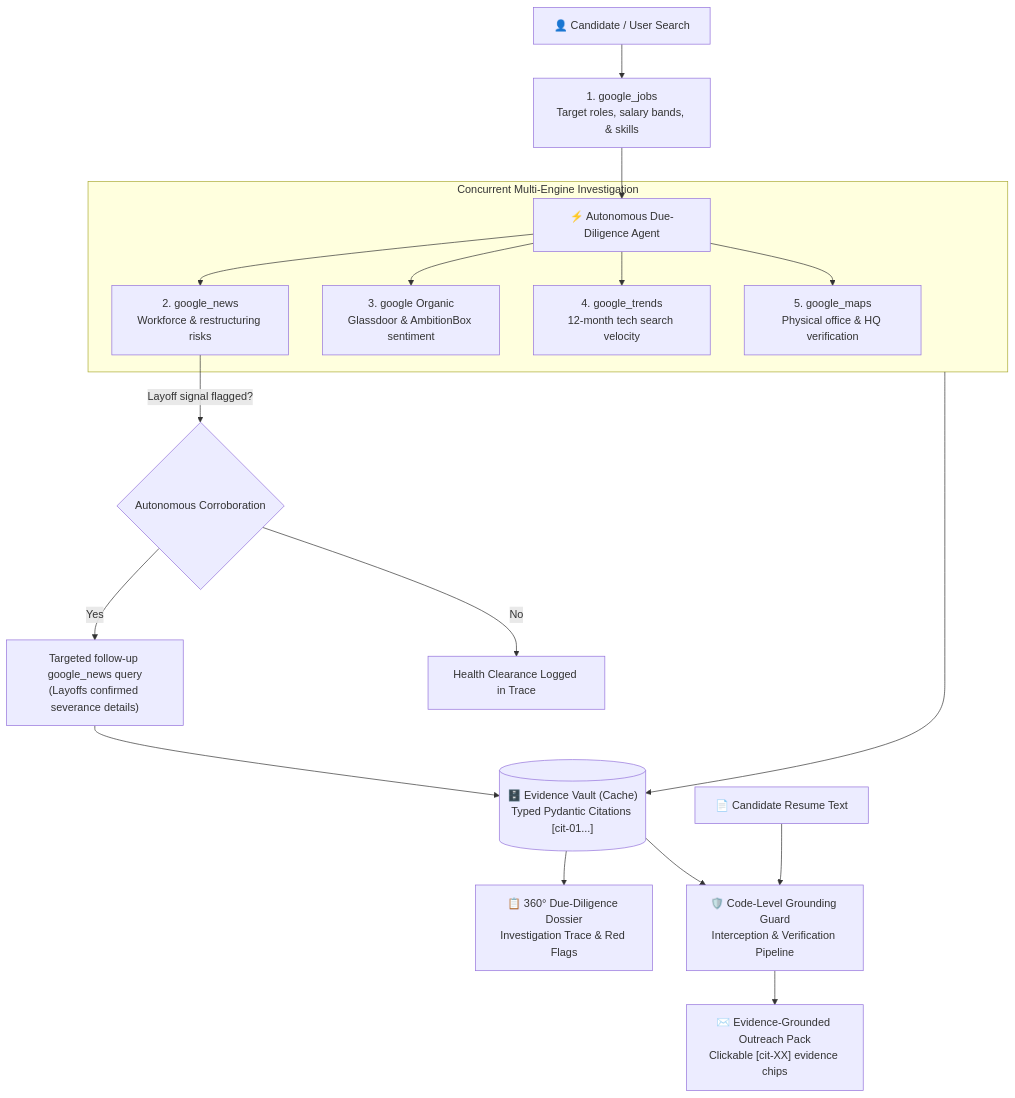
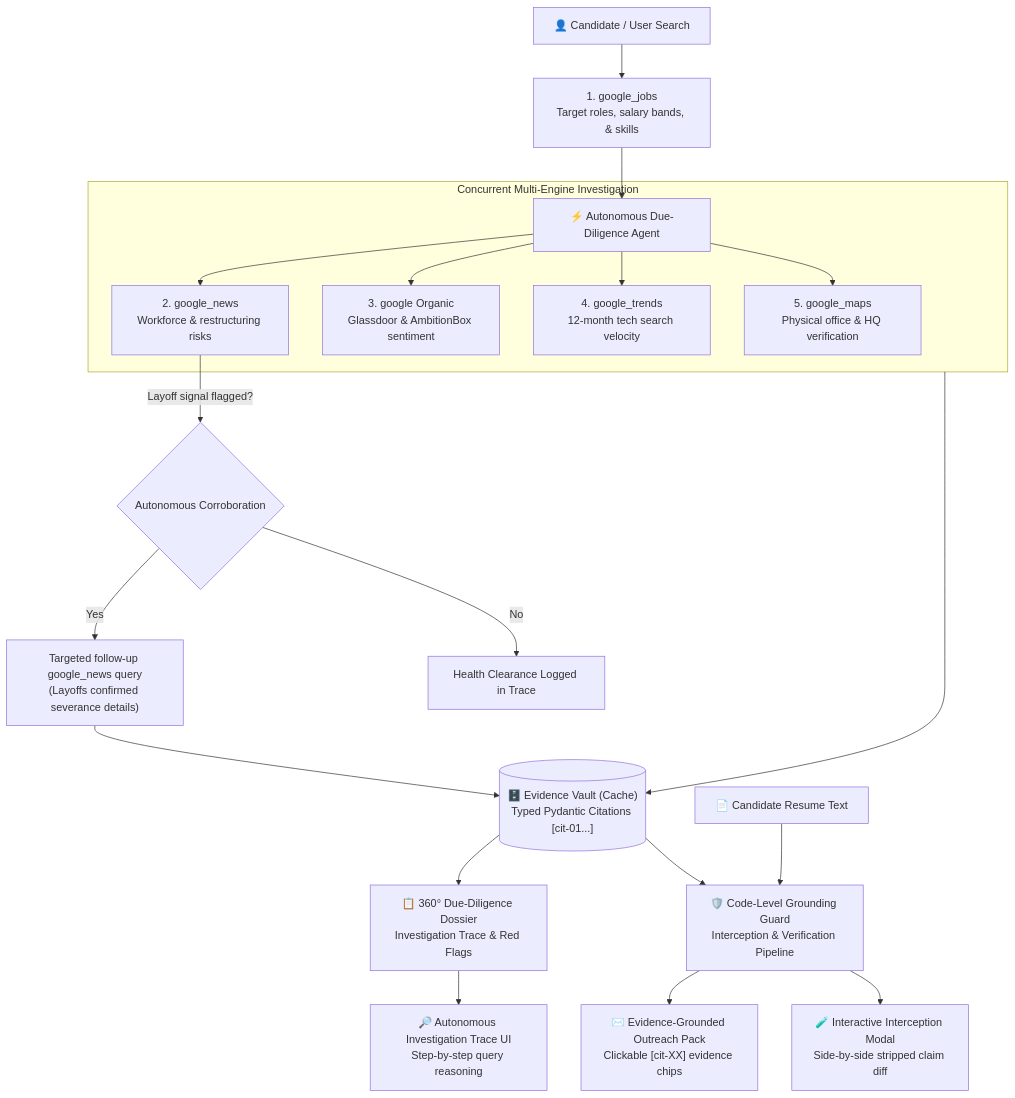
The diagram in README.md (PrinceBad/Careerpulse-Ai), drawn with Mermaid before and after one commit. The commit also changed other lines of this file and 4 other files, not shown here.

````diff
--- a/README.md
+++ b/README.md
@@ -34,25 +34,28 @@
 ```mermaid
 flowchart TD
     User["👤 Candidate / User Search"] --> Radar["1. google_jobs<br/>Target roles, salary bands, & skills"]
     Radar --> Agent["⚡ Autonomous Due-Diligence Agent"]
 
     subgraph ParallelEngines ["Concurrent Multi-Engine Investigation"]
         Agent --> News["2. google_news<br/>Workforce & restructuring risks"]
         Agent --> Org["3. google Organic<br/>Glassdoor & AmbitionBox sentiment"]
         Agent --> Trends["4. google_trends<br/>12-month tech search velocity"]
         Agent --> Maps["5. google_maps<br/>Physical office & HQ verification"]
     end
 
     News -->|Layoff signal flagged?| Corrob{"Autonomous Corroboration"}
     Corrob -->|Yes| CorrobNews["Targeted follow-up google_news query<br/>(Layoffs confirmed severance details)"]
     Corrob -->|No| Clearance["Health Clearance Logged in Trace"]
 
     ParallelEngines --> Vault[("🗄️ Evidence Vault (Cache)<br/>Typed Pydantic Citations [cit-01...]")]
     CorrobNews --> Vault
 
     Vault --> Dossier["📋 360° Due-Diligence Dossier<br/>Investigation Trace & Red Flags"]
+    Dossier --> TraceUI["🔎 Autonomous Investigation Trace UI<br/>Step-by-step query reasoning"]
+
     Vault --> Guard["🛡️ Code-Level Grounding Guard<br/>Interception & Verification Pipeline"]
+    CandidateResume["📄 Candidate Resume Text"] --> Guard
 
-    CandidateResume["📄 Candidate Resume Text"] --> Guard
     Guard --> Outreach["✉️ Evidence-Grounded Outreach Pack<br/>Clickable [cit-XX] evidence chips"]
+    Guard --> GuardUI["🧪 Interactive Interception Modal<br/>Side-by-side stripped claim diff"]
 ```
````
